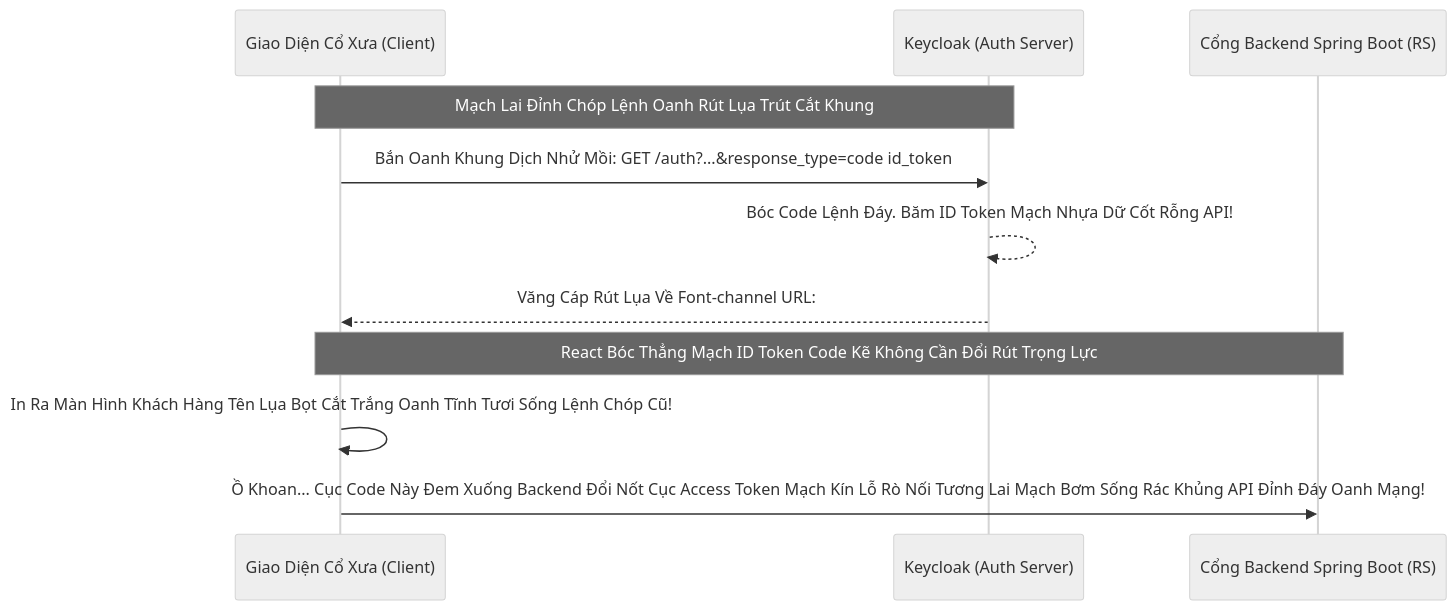
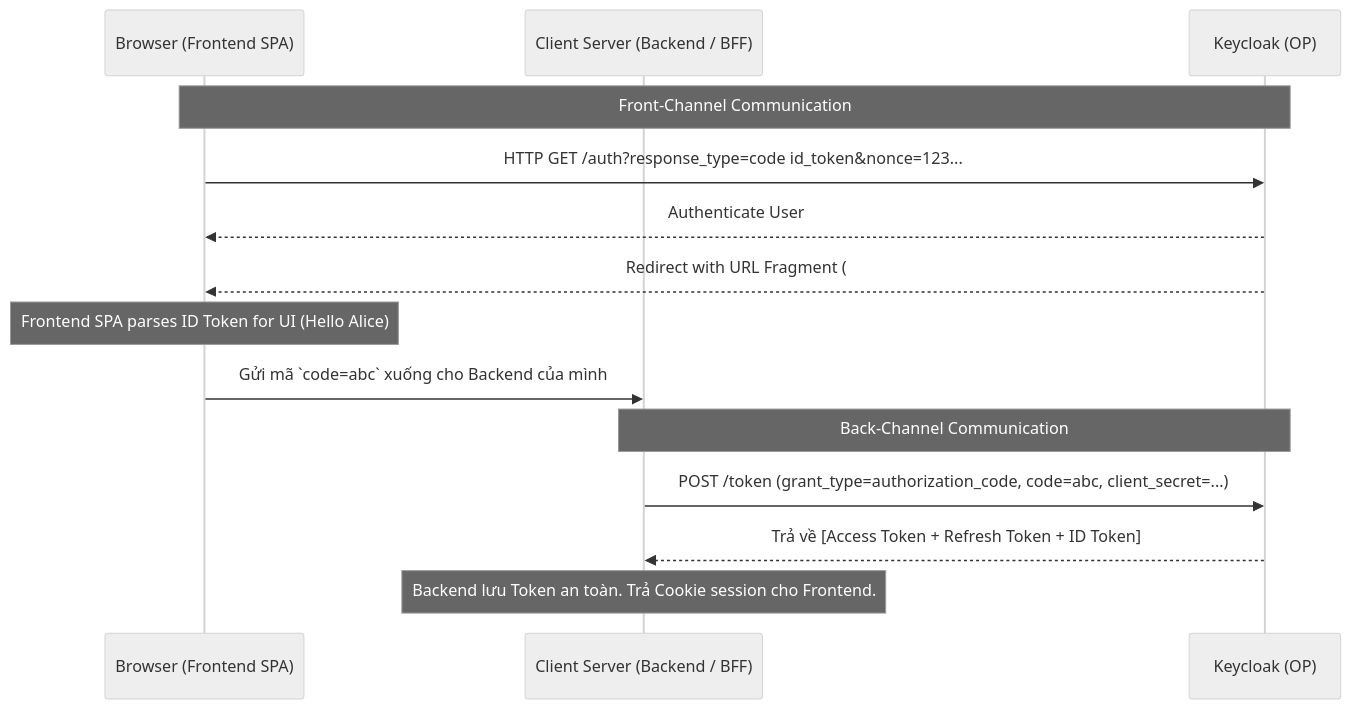
Before and after one commit to Luckyy0/keycloak: the diagram in 16-OpenID-Connect/Module-1-Concepts/Lesson-8-Hybrid-Flow.md, drawn with Mermaid (neutral theme). The commit also changed other lines of this file and 215 other files, not shown here.

````diff
--- a/16-OpenID-Connect/Module-1-Concepts/Lesson-8-Hybrid-Flow.md
+++ b/16-OpenID-Connect/Module-1-Concepts/Lesson-8-Hybrid-Flow.md
@@ -27,17 +26,20 @@
 ```mermaid
 sequenceDiagram
-    participant App as Giao Diện Cổ Xưa (Client)
-    participant KC as Keycloak (Auth Server)
-    participant API as Cổng Backend Spring Boot (RS)
-
-    Note over App, KC: Mạch Lai Đỉnh Chóp Lệnh Oanh Rút Lụa Trút Cắt Khung
-    App->>KC: Bắn Oanh Khung Dịch Nhử Mồi: GET /auth?...&response_type=code id_token
-    KC-->>KC: Bóc Code Lệnh Đáy. Băm ID Token Mạch Nhựa Dữ Cốt Rỗng API!
+    participant B as Browser (Frontend SPA)
+    participant S as Client Server (Backend / BFF)
+    participant K as Keycloak (OP)
     
-    KC-->>App: Văng Cáp Rút Lụa Về Font-channel URL: #code=XYZ & id_token=EYJ...
+    Note over B, K: Front-Channel Communication
+    B->>K: HTTP GET /auth?response_type=code id_token&nonce=123...
+    K-->>B: Authenticate User
+    K-->>B: Redirect with URL Fragment (#code=abc&id_token=xyz...)
     
-    Note over App, API: React Bóc Thẳng Mạch ID Token Code Kẽ Không Cần Đổi Rút Trọng Lực
-    App->>App: In Ra Màn Hình Khách Hàng Tên Lụa Bọt Cắt Trắng Oanh Tĩnh Tươi Sống Lệnh Chóp Cũ!
+    Note over B: Frontend SPA parses ID Token for UI (Hello Alice)
+    B->>S: Gửi mã `code=abc` xuống cho Backend của mình
     
-    App->>API: Ồ Khoan... Cục Code Này Đem Xuống Backend Đổi Nốt Cục Access Token Mạch Kín Lỗ Rò Nối Tương Lai Mạch Bơm Sống Rác Khủng API Đỉnh Đáy Oanh Mạng!
+    Note over S, K: Back-Channel Communication
+    S->>K: POST /token (grant_type=authorization_code, code=abc, client_secret=...)
+    K-->>S: Trả về [Access Token + Refresh Token + ID Token]
+    
+    Note over S: Backend lưu Token an toàn. Trả Cookie session cho Frontend.
 ```
````
